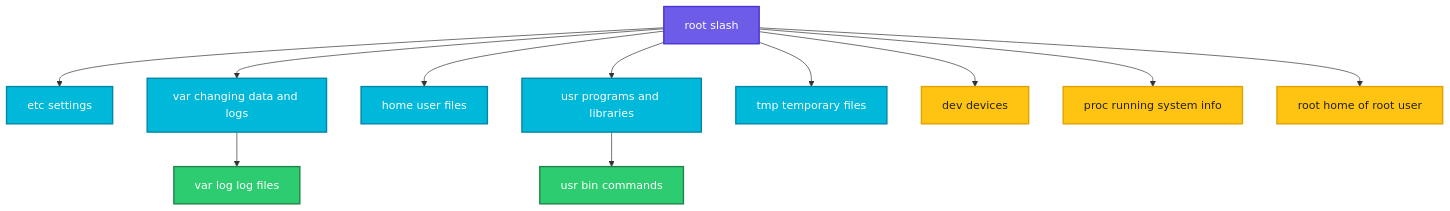
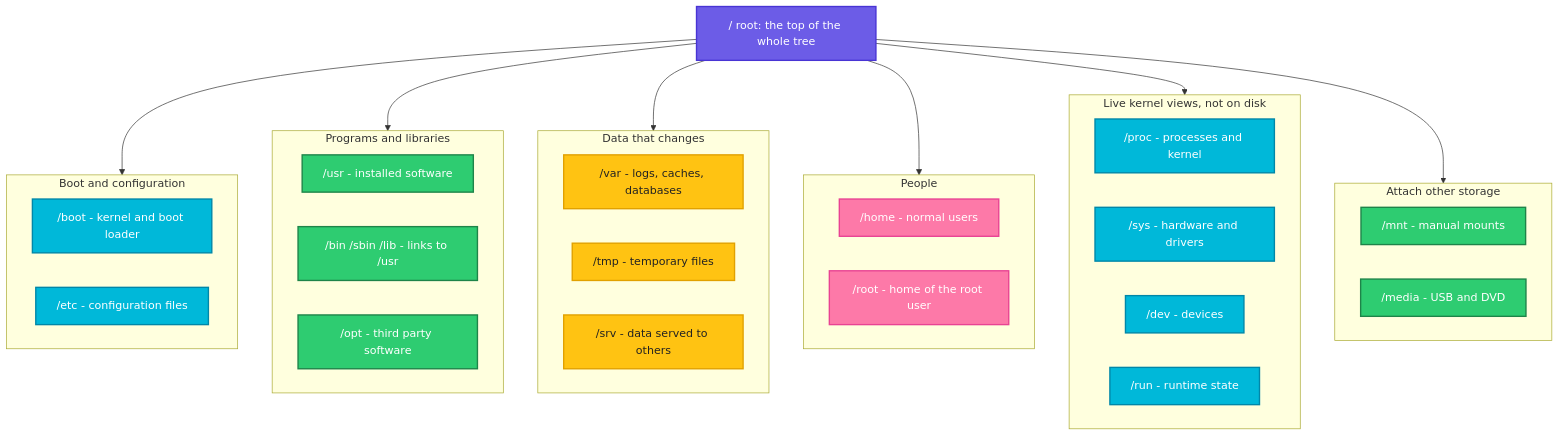
The diagram in linux/fundamentals/04-filesystem-hierarchy.md (codeKerdosTech/DevOps-Documentation), drawn with Mermaid before and after one commit. The commit also changed other lines of this file, not shown here.

````diff
--- a/linux/fundamentals/04-filesystem-hierarchy.md
+++ b/linux/fundamentals/04-filesystem-hierarchy.md
@@ -15,22 +42,52 @@
 ```mermaid
 flowchart TD
-    A[root slash] --> B[etc settings]
-    A --> C[var changing data and logs]
-    A --> D[home user files]
-    A --> E[usr programs and libraries]
-    A --> F[tmp temporary files]
-    A --> G[dev devices]
-    A --> H[proc running system info]
-    A --> I[root home of root user]
-    C --> J[var log log files]
-    E --> K[usr bin commands]
+    ROOT["/ root: the top of the whole tree"]
+    ROOT --> G1
+    ROOT --> G2
+    ROOT --> G3
+    ROOT --> G4
+    ROOT --> G5
+    ROOT --> G6
+
+    subgraph G1["Boot and configuration"]
+        boot["/boot - kernel and boot loader"]
+        etc["/etc - configuration files"]
+    end
+    subgraph G2["Programs and libraries"]
+        usr["/usr - installed software"]
+        bin["/bin /sbin /lib - links to /usr"]
+        opt["/opt - third party software"]
+    end
+    subgraph G3["Data that changes"]
+        var["/var - logs, caches, databases"]
+        tmp["/tmp - temporary files"]
+        srv["/srv - data served to others"]
+    end
+    subgraph G4["People"]
+        home["/home - normal users"]
+        rootuser["/root - home of the root user"]
+    end
+    subgraph G5["Live kernel views, not on disk"]
+        procfs["/proc - processes and kernel"]
+        sysfs["/sys - hardware and drivers"]
+        dev["/dev - devices"]
+        run["/run - runtime state"]
+    end
+    subgraph G6["Attach other storage"]
+        mnt["/mnt - manual mounts"]
+        media["/media - USB and DVD"]
+    end
+
     classDef start fill:#6C5CE7,stroke:#4834D4,stroke-width:2px,color:#fff
     classDef proc fill:#00B8D9,stroke:#0087A8,stroke-width:2px,color:#fff
     classDef dec fill:#FFC312,stroke:#E1A100,stroke-width:2px,color:#222
     classDef ok fill:#2ECC71,stroke:#1E8449,stroke-width:2px,color:#fff
     classDef out fill:#FD79A8,stroke:#E84393,stroke-width:2px,color:#fff
-    class A start
-    class B,C,D,E,F proc
-    class G,H,I dec
-    class J,K ok
+    class ROOT start
+    class boot,etc proc
+    class usr,bin,opt ok
+    class var,tmp,srv dec
+    class home,rootuser out
+    class procfs,sysfs,dev,run proc
+    class mnt,media ok
 ```
````
